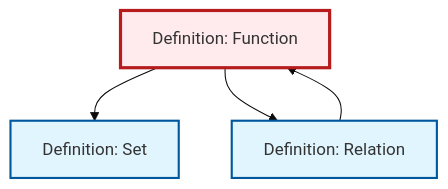
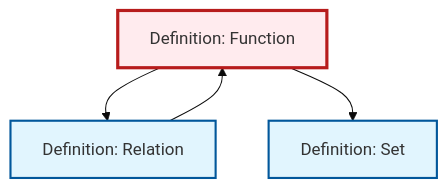
The diagram in content/en/logic-set-theory/def-function.qmd (RK0429/ModernMath), drawn with Mermaid (base theme) before and after one commit. The commit also changed other lines of this file and 1012 other files, not shown here.

````diff
--- a/content/en/logic-set-theory/def-function.qmd
+++ b/content/en/logic-set-theory/def-function.qmd
@@ -74,18 +74,18 @@
 ```{mermaid}
 %%| fig-cap: "Local dependency graph"
 graph TD
     classDef definition fill:#e1f5fe,stroke:#01579b,stroke-width:2px
     classDef theorem fill:#f3e5f5,stroke:#4a148c,stroke-width:2px
     classDef axiom fill:#fff3e0,stroke:#e65100,stroke-width:2px
     classDef example fill:#e8f5e9,stroke:#1b5e20,stroke-width:2px
     classDef current fill:#ffebee,stroke:#b71c1c,stroke-width:3px
     def-function["Definition: Function"]:::definition
+    def-relation["Definition: Relation"]:::definition
     def-set["Definition: Set"]:::definition
-    def-relation["Definition: Relation"]:::definition
     def-relation --> def-function
+    def-function --> def-relation
     def-function --> def-set
-    def-function --> def-relation
     class def-function current
+    click def-relation "def-relation.html" "Go to Relation definition"
     click def-set "def-set.html" "Go to Set definition"
-    click def-relation "def-relation.html" "Go to Relation definition"
 ```
````
